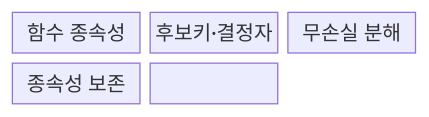
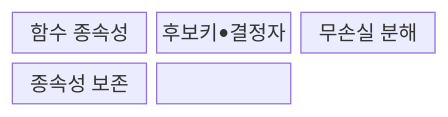
The first of 2 diagrams in src/content/docs/notes/03-software/089_database_normalization.md (agnusdei1207/knowledge-base), drawn with Mermaid before and after one commit. The commit also changed other lines of this file and 953 other files, not shown here.

````diff
--- a/src/content/docs/notes/03-software/089_database_normalization.md
+++ b/src/content/docs/notes/03-software/089_database_normalization.md
@@ -69,9 +69,9 @@
 ```mermaid
 block
   columns 3
   F["함수 종속성"]
-  K["후보키·결정자"]
+  K["후보키•결정자"]
   L["무손실 분해"]
   P["종속성 보존"]
   F --> K --> L --> P
 ```
````
